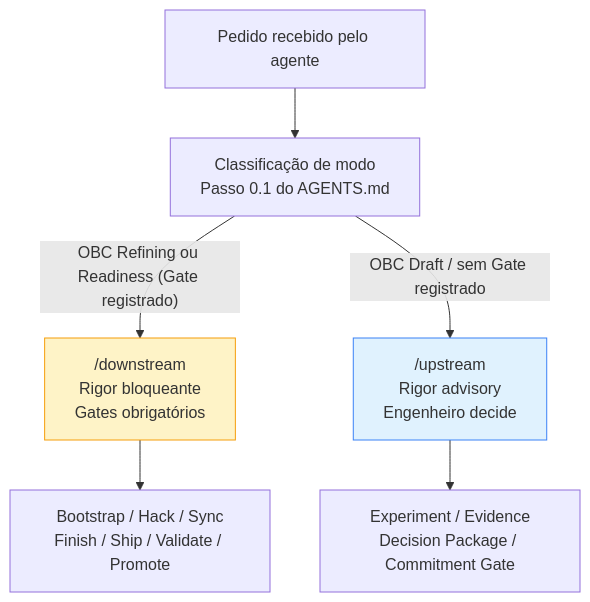
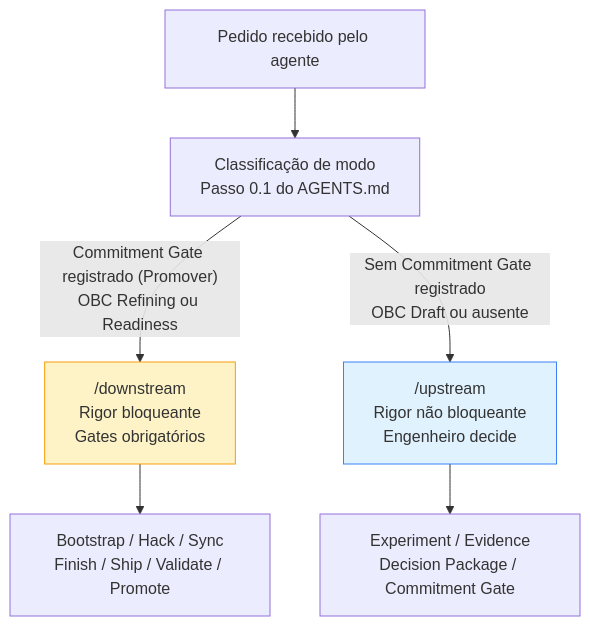
One commit to produtoreativo/from-intent-to-outcome changed the diagram in capitulo-10.md. Above: the diagram before and after it, drawn with Mermaid. The commit also changed other lines of this file and 1 other file, not shown here.

First line of the commit message:
fix(cap10): corrige classificação de modo — Gate como sinal primário, não estado do OBC

````diff
--- a/capitulo-10.md
+++ b/capitulo-10.md
@@ -67,11 +67,11 @@
 ```mermaid
 graph TD
     REQ["Pedido recebido pelo agente"] --> CLASS["Classificação de modo\nPasso 0.1 do AGENTS.md"]
-    CLASS -->|"OBC Refining ou Readiness (Gate registrado)"| DS["/downstream\nRigor bloqueante\nGates obrigatórios"]
-    CLASS -->|"OBC Draft / sem Gate registrado"| US["/upstream\nRigor advisory\nEngenheiro decide"]
+    CLASS -->|"Commitment Gate registrado (Promover)\nOBC Refining ou Readiness"| DS["/downstream\nRigor bloqueante\nGates obrigatórios"]
+    CLASS -->|"Sem Commitment Gate registrado\nOBC Draft ou ausente"| US["/upstream\nRigor não bloqueante\nEngenheiro decide"]
     DS --> SKILLS_DS["Bootstrap / Hack / Sync\nFinish / Ship / Validate / Promote"]
     US --> SKILLS_US["Experiment / Evidence\nDecision Package / Commitment Gate"]
 
     style DS fill:#FEF3C7,stroke:#F59E0B
     style US fill:#E0F2FE,stroke:#3B82F6
 ```
````
